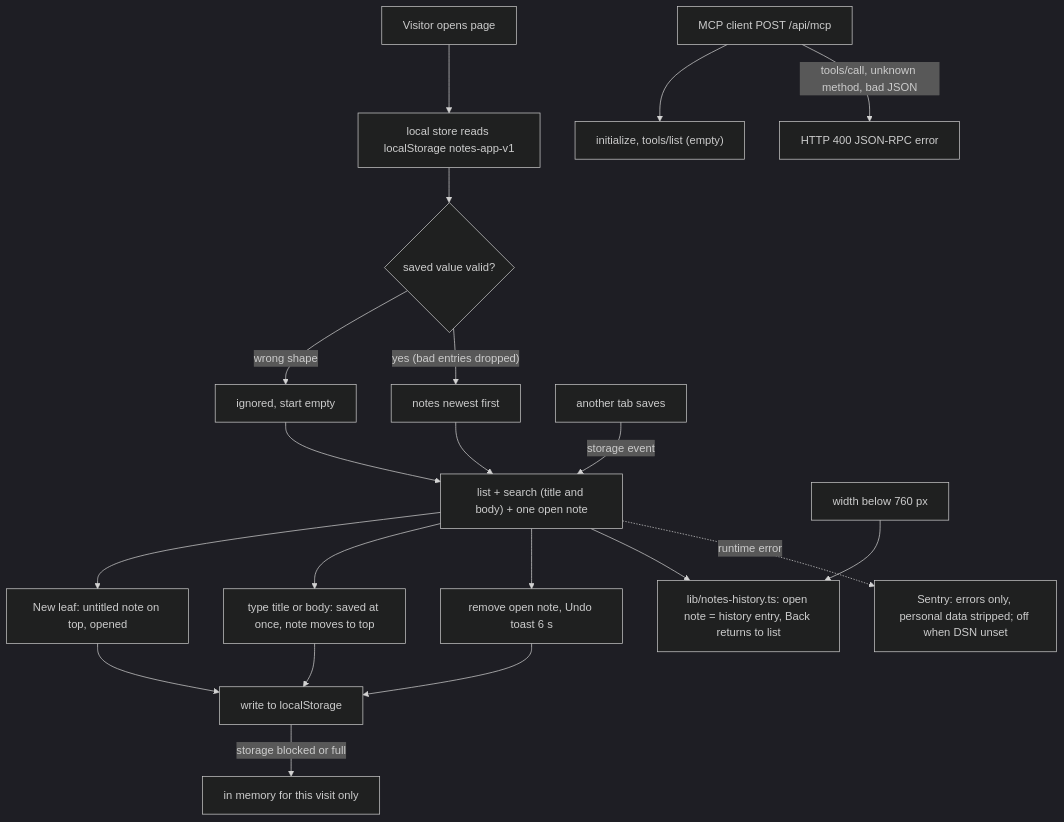
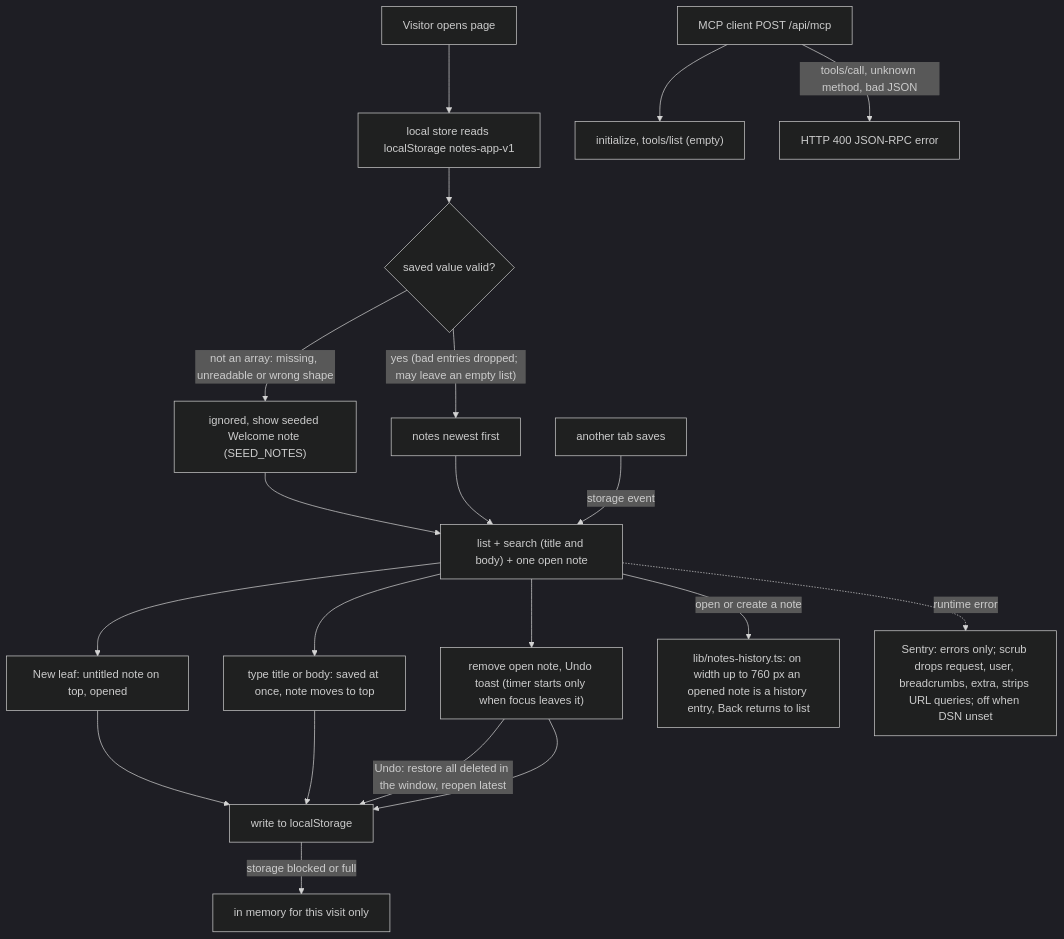
The diagram in docs/diagrams/01-business-process.md (bookchaowalit-website/productivity-notes-app-web), drawn with Mermaid (dark theme) before and after one commit. The commit also changed other lines of this file, not shown here.

Commit message:
docs: correct As-Is/To-Be facts from review (01-business-process)

````diff
--- a/docs/diagrams/01-business-process.md
+++ b/docs/diagrams/01-business-process.md
@@ -9,22 +9,22 @@
 ```mermaid
 flowchart TD
   V["Visitor opens page"] --> LOAD["local store reads localStorage notes-app-v1"]
   LOAD --> OK{"saved value valid?"}
-  OK -->|"wrong shape"| IGN["ignored, start empty"]
-  OK -->|"yes (bad entries dropped)"| NOTES["notes newest first"]
+  OK -->|"not an array: missing, unreadable or wrong shape"| IGN["ignored, show seeded Welcome note (SEED_NOTES)"]
+  OK -->|"yes (bad entries dropped; may leave an empty list)"| NOTES["notes newest first"]
   IGN --> UI["list + search (title and body) + one open note"]
   NOTES --> UI
   UI --> LEAF["New leaf: untitled note on top, opened"]
   UI --> TYPE["type title or body: saved at once, note moves to top"]
-  UI --> DEL["remove open note, Undo toast 6 s"]
+  UI --> DEL["remove open note, Undo toast (timer starts only when focus leaves it)"]
+  DEL -->|"Undo: restore all deleted in the window, reopen latest"| WRITE
   LEAF --> WRITE["write to localStorage"]
   TYPE --> WRITE
   DEL --> WRITE
   WRITE -->|"storage blocked or full"| MEM["in memory for this visit only"]
-  PHONE["width below 760 px"] --> HIST["lib/notes-history.ts: open note = history entry, Back returns to list"]
-  UI --> HIST
+  UI -->|"open or create a note"| HIST["lib/notes-history.ts: on width up to 760 px an opened note is a history entry, Back returns to list"]
   OTHER["another tab saves"] -->|"storage event"| UI
   AGENT["MCP client POST /api/mcp"] --> RPC["initialize, tools/list (empty)"]
   AGENT -->|"tools/call, unknown method, bad JSON"| ERR["HTTP 400 JSON-RPC error"]
-  UI -.->|"runtime error"| SENTRY["Sentry: errors only, personal data stripped; off when DSN unset"]
+  UI -.->|"runtime error"| SENTRY["Sentry: errors only; scrub drops request, user, breadcrumbs, extra, strips URL queries; off when DSN unset"]
 ```
````
